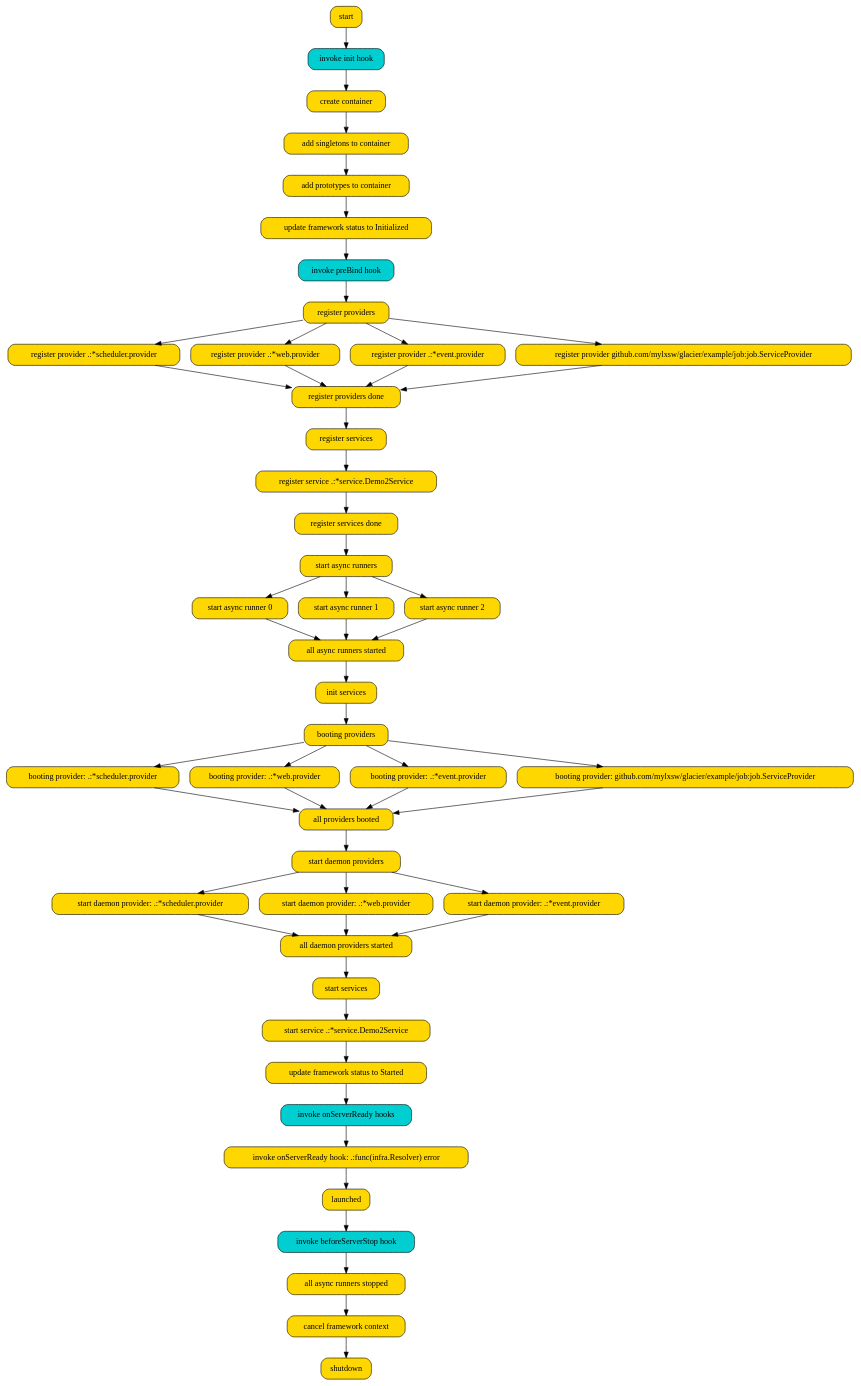
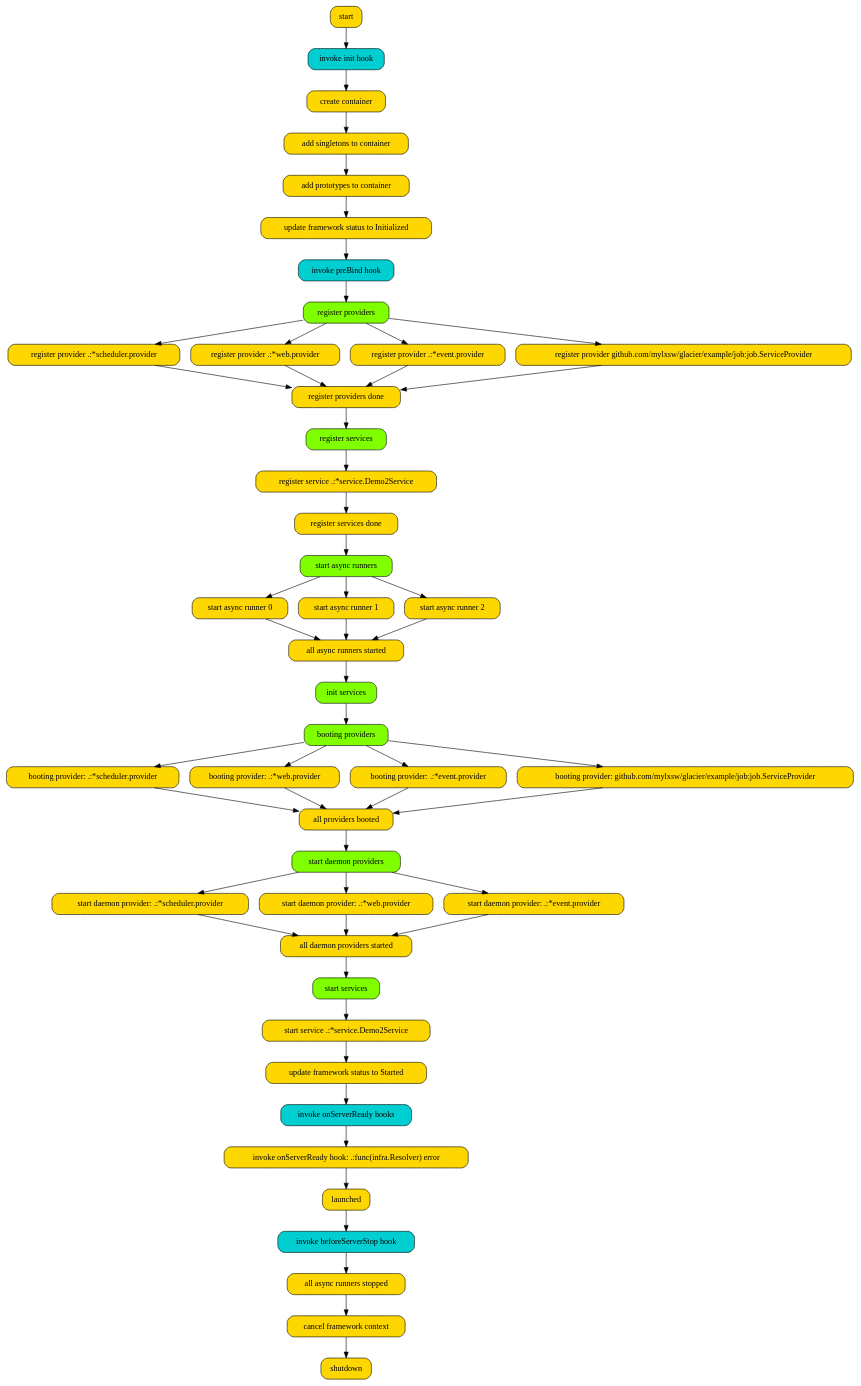
One commit to mylxsw/glacier changed the diagram in arch.dot. Above: the diagram before and after it, drawn with Graphviz. The commit also changed 2 other files, not shown here.

Commit message:
graph nodes 关键节点着色

```diff
--- a/arch.dot
+++ b/arch.dot
@@ -1,59 +1,66 @@
 digraph G {
     node [shape = "box" style = "filled,rounded" fillcolor = "gold"]
     "invoke init hook" [fillcolor = "darkturquoise"]
     "start" -> "invoke init hook";
     "invoke init hook" -> "create container";
     "create container" -> "add singletons to container";
     "add singletons to container" -> "add prototypes to container";
     "add prototypes to container" -> "update framework status to Initialized";
     "invoke preBind hook" [fillcolor = "darkturquoise"]
     "update framework status to Initialized" -> "invoke preBind hook";
+    "register providers" [fillcolor = "chartreuse"]
     "invoke preBind hook" -> "register providers";
     "register providers" -> "register provider .:*scheduler.provider";
     "register providers" -> "register provider .:*web.provider";
     "register providers" -> "register provider .:*event.provider";
     "register providers" -> "register provider github.com/mylxsw/glacier/example/job:job.ServiceProvider";
     "register provider .:*scheduler.provider" -> "register providers done";
     "register provider .:*web.provider" -> "register providers done";
     "register provider .:*event.provider" -> "register providers done";
     "register provider github.com/mylxsw/glacier/example/job:job.ServiceProvider" -> "register providers done";
+    "register services" [fillcolor = "chartreuse"]
     "register providers done" -> "register services";
     "register services" -> "register service .:*service.Demo2Service";
     "register service .:*service.Demo2Service" -> "register services done";
+    "start async runners" [fillcolor = "chartreuse"]
     "register services done" -> "start async runners";
     "start async runners" -> "start async runner 0";
     "start async runners" -> "start async runner 1";
     "start async runners" -> "start async runner 2";
     "start async runner 0" -> "all async runners started";
     "start async runner 1" -> "all async runners started";
     "start async runner 2" -> "all async runners started";
+    "init services" [fillcolor = "chartreuse"]
     "all async runners started" -> "init services";
+    "booting providers" [fillcolor = "chartreuse"]
     "init services" -> "booting providers";
     "booting providers" -> "booting provider: .:*scheduler.provider";
     "booting providers" -> "booting provider: .:*web.provider";
     "booting providers" -> "booting provider: .:*event.provider";
     "booting providers" -> "booting provider: github.com/mylxsw/glacier/example/job:job.ServiceProvider";
     "booting provider: .:*scheduler.provider" -> "all providers booted";
     "booting provider: .:*web.provider" -> "all providers booted";
     "booting provider: .:*event.provider" -> "all providers booted";
     "booting provider: github.com/mylxsw/glacier/example/job:job.ServiceProvider" -> "all providers booted";
+    "start daemon providers" [fillcolor = "chartreuse"]
     "all providers booted" -> "start daemon providers";
     "start daemon providers" -> "start daemon provider: .:*scheduler.provider";
     "start daemon providers" -> "start daemon provider: .:*web.provider";
     "start daemon providers" -> "start daemon provider: .:*event.provider";
     "start daemon provider: .:*scheduler.provider" -> "all daemon providers started";
     "start daemon provider: .:*web.provider" -> "all daemon providers started";
     "start daemon provider: .:*event.provider" -> "all daemon providers started";
+    "start services" [fillcolor = "chartreuse"]
     "all daemon providers started" -> "start services";
     "start services" -> "start service .:*service.Demo2Service";
     "start service .:*service.Demo2Service" -> "update framework status to Started";
     "invoke onServerReady hooks" [fillcolor = "darkturquoise"]
     "update framework status to Started" -> "invoke onServerReady hooks";
     "invoke onServerReady hooks" -> "invoke onServerReady hook: .:func(infra.Resolver) error";
     "invoke onServerReady hook: .:func(infra.Resolver) error" -> "launched";
     "invoke beforeServerStop hook" [fillcolor = "darkturquoise"]
     "launched" -> "invoke beforeServerStop hook";
     "invoke beforeServerStop hook" -> "all async runners stopped";
     "all async runners stopped" -> "cancel framework context";
     "cancel framework context" -> "shutdown";
 }
```
